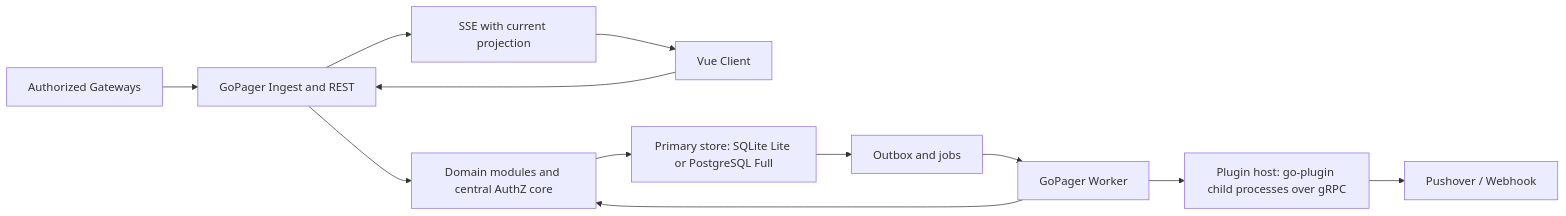
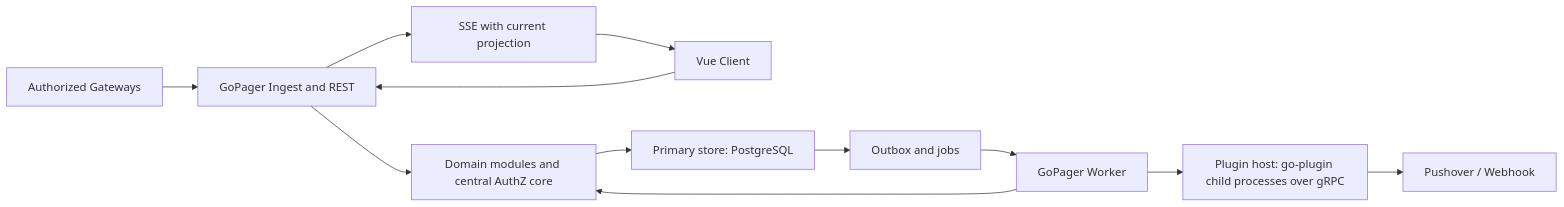
One commit to gopager/gopager changed the first of 2 diagrams in development/architecture.md. Above: the diagram before and after it, drawn with Mermaid. The commit also changed other lines of this file and 19 other files, not shown here.

````diff
--- a/development/architecture.md
+++ b/development/architecture.md
@@ -613,14 +614,14 @@
 ```mermaid
 flowchart LR
     Gateways[Authorized Gateways] --> API[GoPager Ingest and REST]
     Browser[Vue Client] --> API
     API --> Live[SSE with current projection]
     Live --> Browser
     API --> Modules[Domain modules and central AuthZ core]
-    Modules --> SQL[Primary store: SQLite Lite or PostgreSQL Full]
+    Modules --> SQL[Primary store: PostgreSQL]
     SQL --> Jobs[Outbox and jobs]
     Jobs --> Workers[GoPager Worker]
     Workers --> Modules
     Workers --> Host[Plugin host: go-plugin child processes over gRPC]
     Host --> Targets[Pushover / Webhook]
 ```
````
